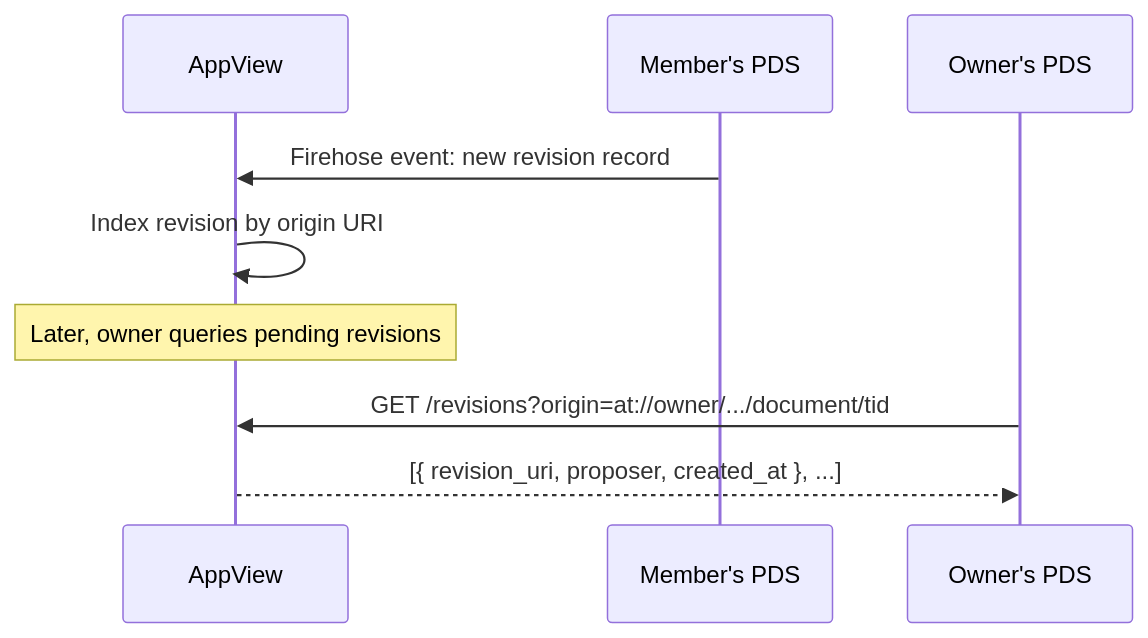
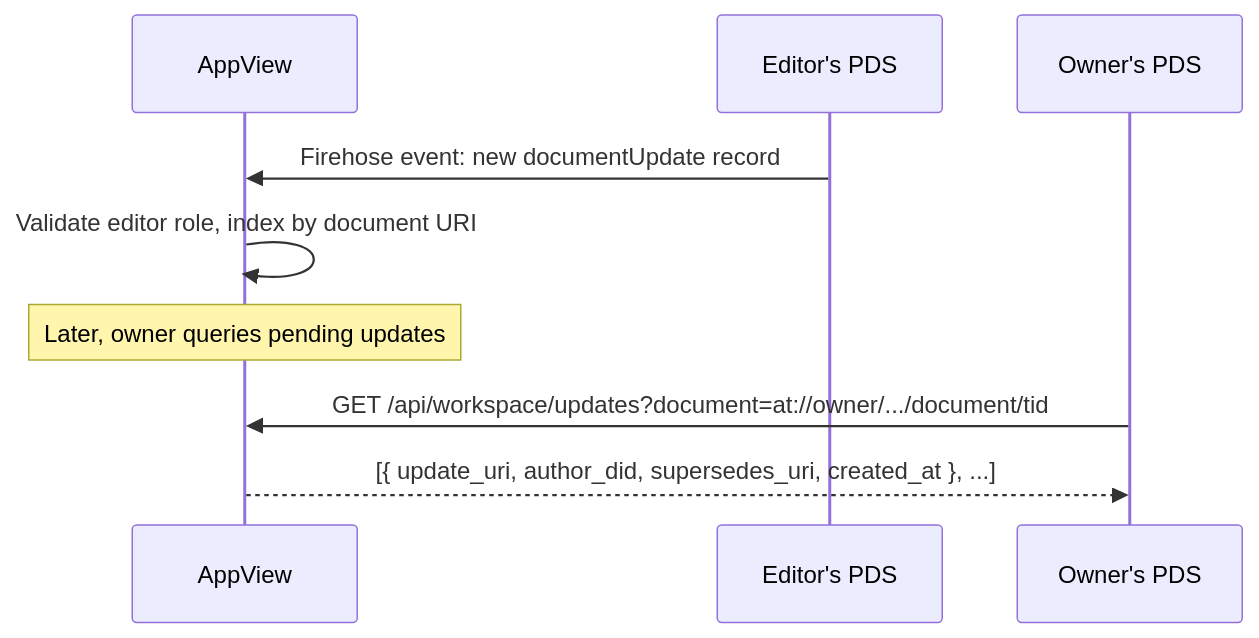
One commit to Sans-Self/Opake changed the fourth of 4 diagrams in docs/flows/revisions.md. Above: the diagram before and after it, drawn with Mermaid. The commit also changed other lines of this file and 363 other files, not shown here.

First line of the commit message:
Workspace rework: proposals, daemon, cache layer, member management

````diff
--- a/docs/flows/revisions.md
+++ b/docs/flows/revisions.md
@@ -123,14 +127,14 @@
 ```mermaid
 sequenceDiagram
     participant AppView
-    participant MemberPDS as Member's PDS
+    participant EditorPDS as Editor's PDS
     participant OwnerPDS as Owner's PDS
 
-    MemberPDS->>AppView: Firehose event: new revision record
-    AppView->>AppView: Index revision by origin URI
+    EditorPDS->>AppView: Firehose event: new documentUpdate record
+    AppView->>AppView: Validate editor role, index by document URI
 
-    Note over AppView: Later, owner queries pending revisions
+    Note over AppView: Later, owner queries pending updates
 
-    OwnerPDS->>AppView: GET /revisions?origin=at://owner/.../document/tid
-    AppView-->>OwnerPDS: [{ revision_uri, proposer, created_at }, ...]
+    OwnerPDS->>AppView: GET /api/workspace/updates?document=at://owner/.../document/tid
+    AppView-->>OwnerPDS: [{ update_uri, author_did, supersedes_uri, created_at }, ...]
 ```
````
